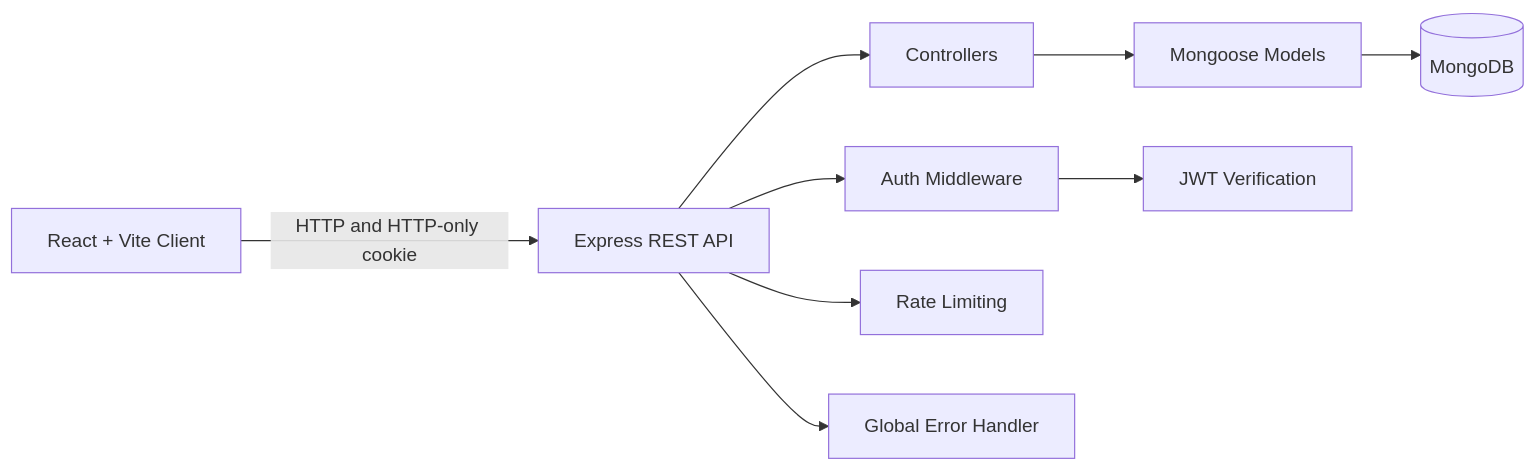
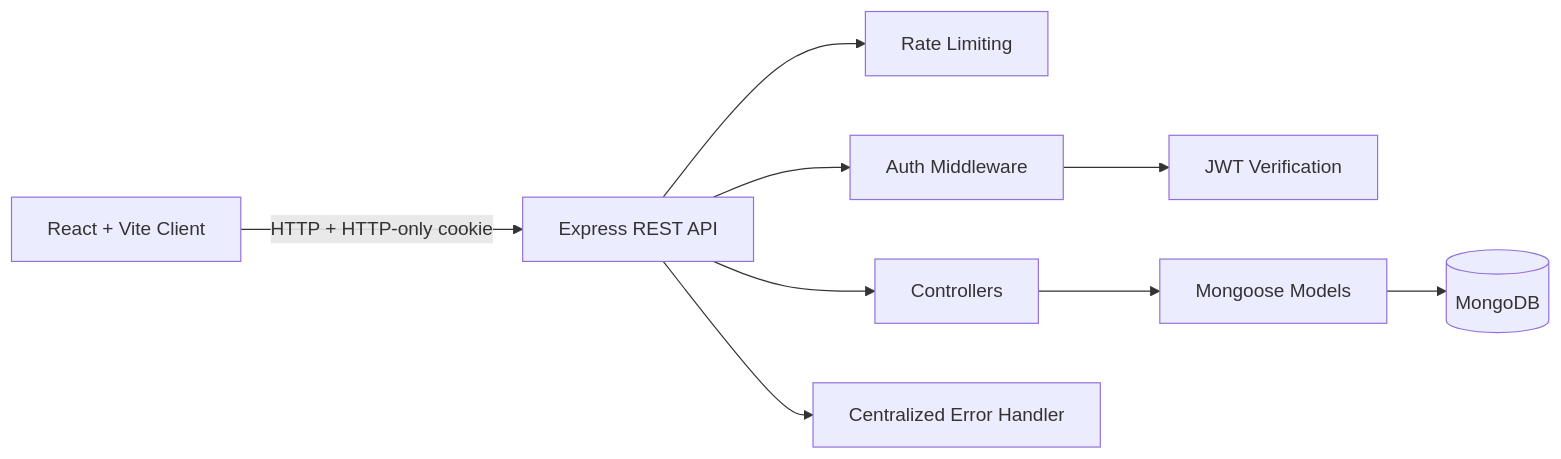
Before and after one commit to KSAdhikari008/ZTrackEx: the diagram in Readme.md, drawn with Mermaid. The commit also changed other lines of this file, not shown here.

````diff
--- a/Readme.md
+++ b/Readme.md
@@ -82,11 +70,11 @@
 ```mermaid
 flowchart LR
-    Browser["React + Vite Client"] -->|HTTP and HTTP-only cookie| API["Express REST API"]
+    Browser["React + Vite Client"] -->|"HTTP + HTTP-only cookie"| API["Express REST API"]
+    API --> Limiter["Rate Limiting"]
     API --> Auth["Auth Middleware"]
     API --> Controllers["Controllers"]
+    Auth --> JWT["JWT Verification"]
     Controllers --> Models["Mongoose Models"]
-    Models --> MongoDB[(MongoDB)]
-    Auth --> JWT["JWT Verification"]
-    API --> Limiter["Rate Limiting"]
-    API --> Errors["Global Error Handler"]
+    Models --> MongoDB[("MongoDB")]
+    API --> Errors["Centralized Error Handler"]
 ```
````
